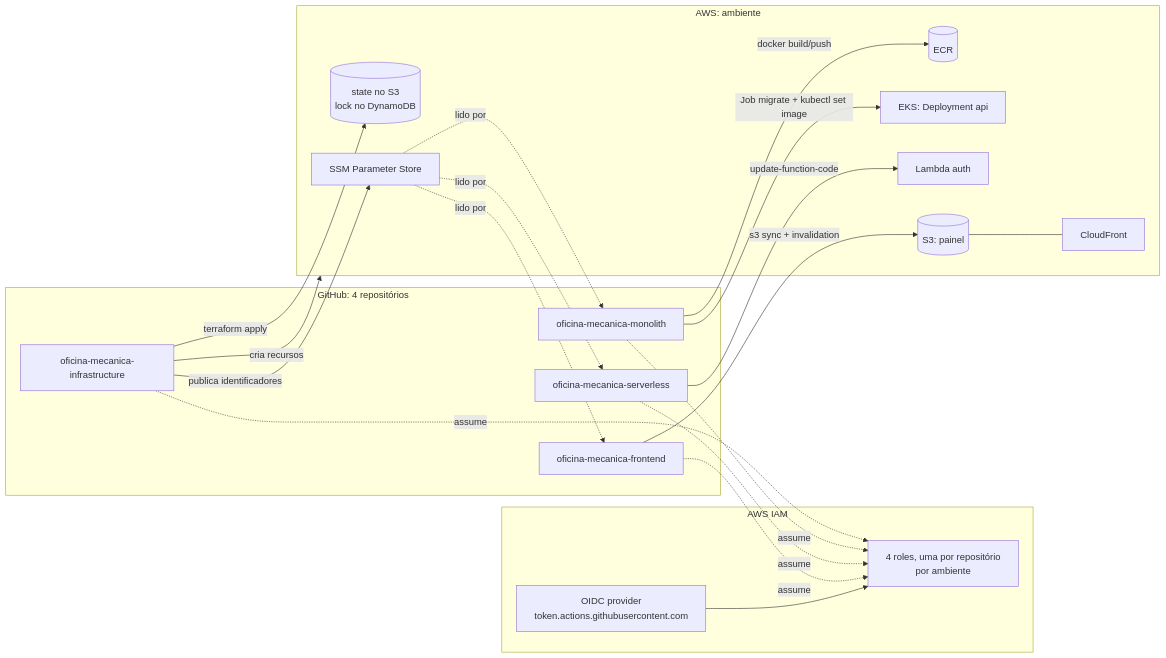
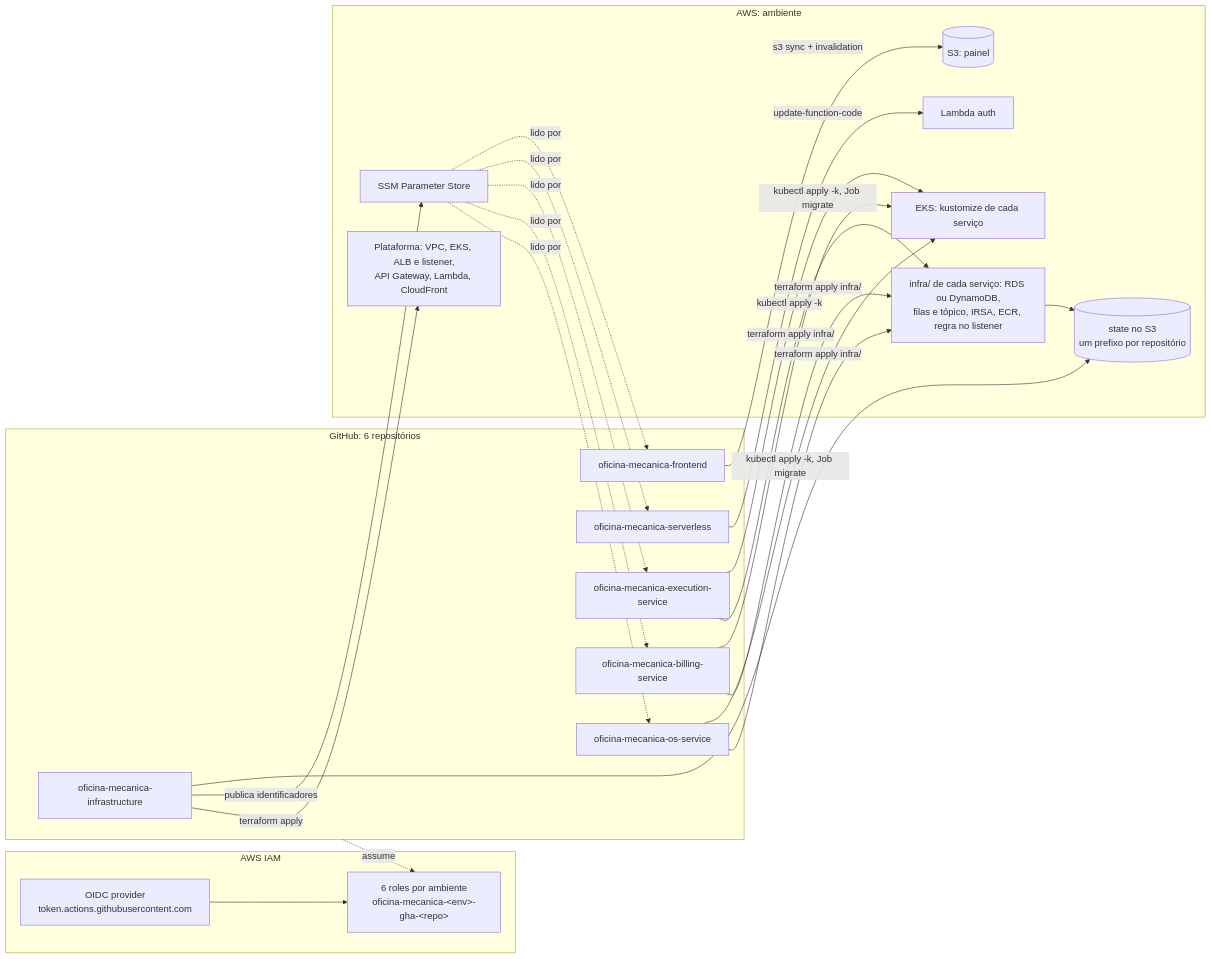
Before and after one commit to SOAT-15-Oficina/oficina-mecanica-infrastructure: the first of 2 diagrams in docs/diagramas/implantacao.md, drawn with Mermaid. The commit also changed other lines of this file and 4 other files, not shown here.

First line of the commit message:
Atualiza README e diagramas para a plataforma da Fase 4

````diff
--- a/docs/diagramas/implantacao.md
+++ b/docs/diagramas/implantacao.md
@@ -8,44 +10,48 @@
 ```mermaid
 flowchart LR
-    subgraph gh [GitHub: 4 repositórios]
+    subgraph gh [GitHub: 6 repositórios]
         R1[oficina-mecanica-infrastructure]
-        R2[oficina-mecanica-monolith]
+        RO[oficina-mecanica-os-service]
+        RB[oficina-mecanica-billing-service]
+        RE[oficina-mecanica-execution-service]
         R3[oficina-mecanica-serverless]
         R4[oficina-mecanica-frontend]
     end
 
     subgraph iam [AWS IAM]
         OIDC[OIDC provider<br/>token.actions.githubusercontent.com]
-        RL[4 roles, uma por repositório<br/>por ambiente]
+        RL["6 roles por ambiente<br/>oficina-mecanica-&lt;env&gt;-gha-&lt;repo&gt;"]
     end
 
     subgraph runtime [AWS: ambiente]
-        TF[(state no S3<br/>lock no DynamoDB)]
-        ECR[(ECR)]
-        EKS[EKS: Deployment api]
+        TF[(state no S3<br/>um prefixo por repositório)]
+        PLAT[Plataforma: VPC, EKS, ALB e listener,<br/>API Gateway, Lambda, CloudFront]
+        SVC[infra/ de cada serviço: RDS ou DynamoDB,<br/>filas e tópico, IRSA, ECR, regra no listener]
+        EKS[EKS: kustomize de cada serviço]
         LMB[Lambda auth]
         S3F[(S3: painel)]
-        CFD[CloudFront]
         SSMP[SSM Parameter Store]
     end
 
-    R1 -->|terraform apply| TF
-    R1 -->|cria recursos| runtime
+    R1 -->|terraform apply| PLAT
     R1 -->|publica identificadores| SSMP
-
-    R2 -->|docker build/push| ECR
-    R2 -->|Job migrate + kubectl set image| EKS
+    RO -->|terraform apply infra/| SVC
+    RB -->|terraform apply infra/| SVC
+    RE -->|terraform apply infra/| SVC
+    RO -->|kubectl apply -k, Job migrate| EKS
+    RB -->|kubectl apply -k, Job migrate| EKS
+    RE -->|kubectl apply -k| EKS
     R3 -->|update-function-code| LMB
     R4 -->|s3 sync + invalidation| S3F
-    S3F --- CFD
+    R1 --> TF
+    SVC --> TF
 
-    SSMP -.lido por.-> R2
+    SSMP -.lido por.-> RO
+    SSMP -.lido por.-> RB
+    SSMP -.lido por.-> RE
     SSMP -.lido por.-> R3
     SSMP -.lido por.-> R4
 
-    R1 -.assume.-> RL
-    R2 -.assume.-> RL
-    R3 -.assume.-> RL
-    R4 -.assume.-> RL
     OIDC --> RL
+    gh -.assume.-> RL
 ```
````
